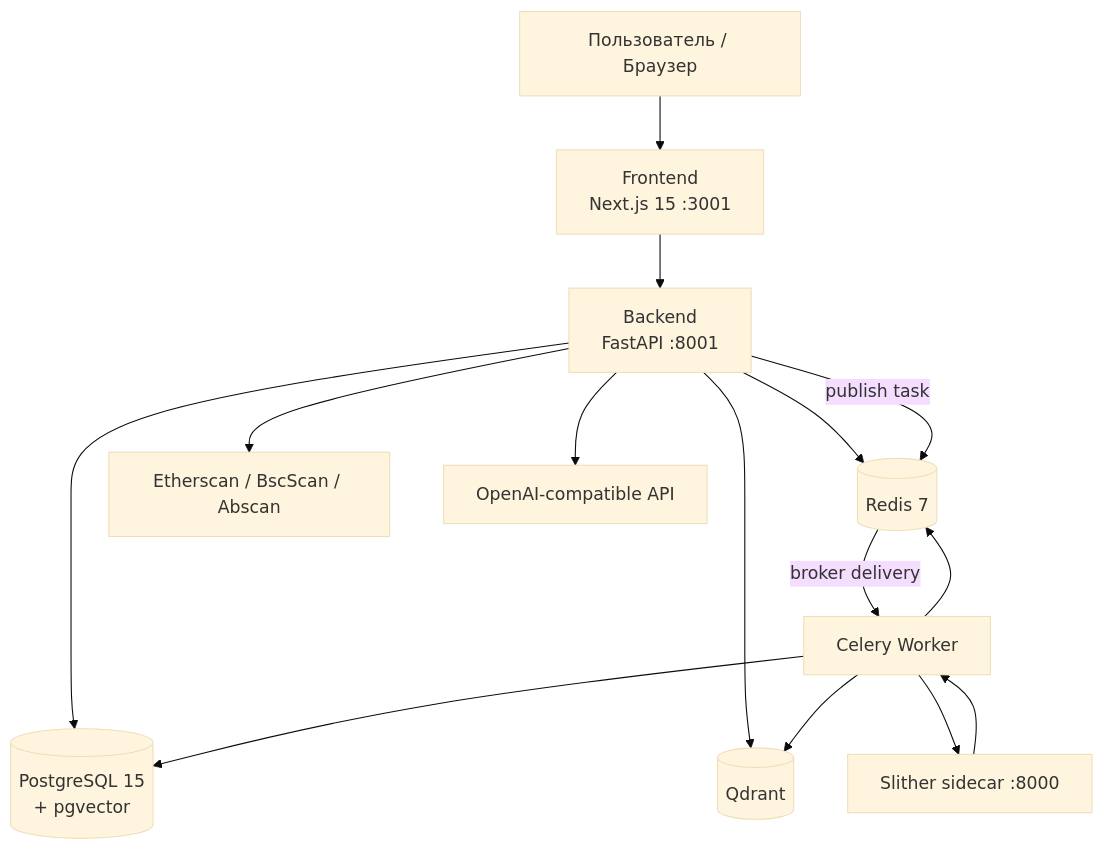
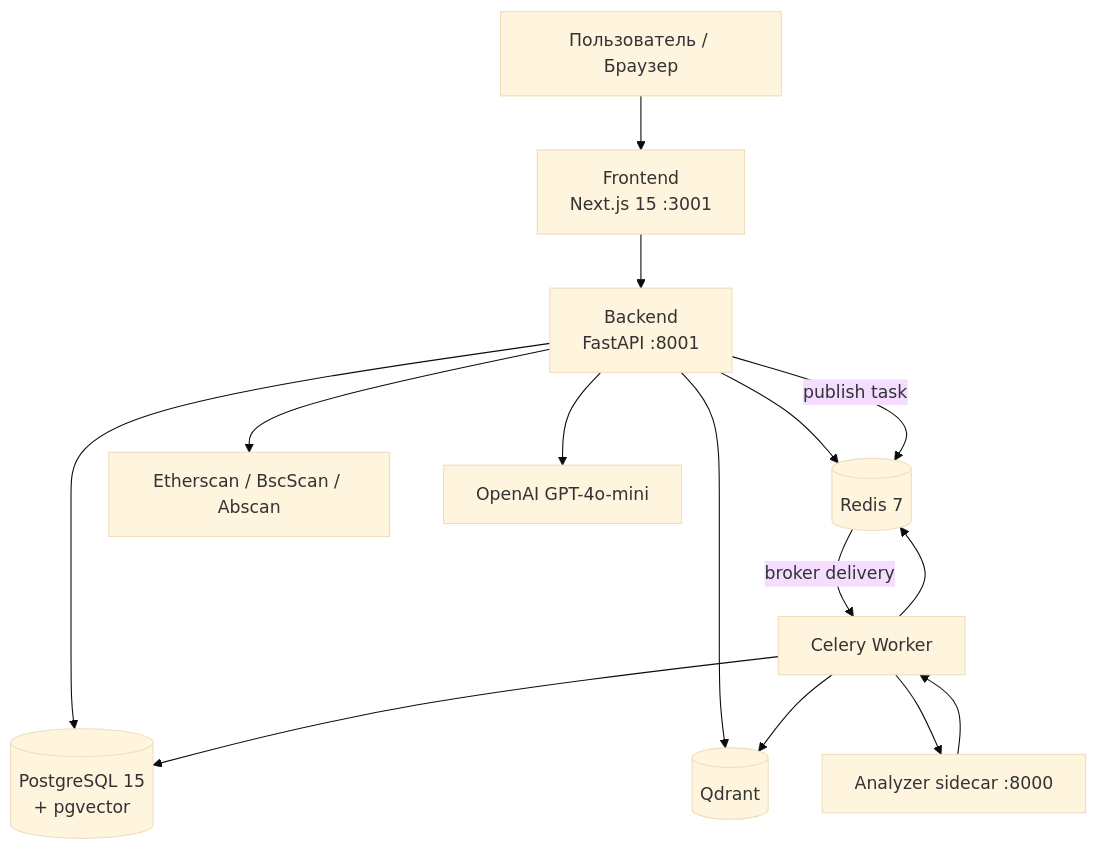
The diagram in docs/architecture.md (vladweat/chainwise), drawn with Mermaid (base theme) before and after one commit. The commit also changed other lines of this file and 74 other files, not shown here.

````diff
--- a/docs/architecture.md
+++ b/docs/architecture.md
@@ -5,28 +5,28 @@
 ```mermaid
 flowchart TB
     User[Пользователь / Браузер]
     FE[Frontend<br/>Next.js 15 :3001]
     BE[Backend<br/>FastAPI :8001]
     CW[Celery Worker]
-    SL[Slither sidecar :8000]
+    SL[Analyzer sidecar :8000]
     PG[(PostgreSQL 15<br/>+ pgvector)]
     RD[(Redis 7)]
     QD[(Qdrant)]
     ES[Etherscan / BscScan / Abscan]
-    OA[OpenAI-compatible API]
+    OA[OpenAI GPT-4o-mini]
 
     User --> FE
     FE --> BE
     BE --> PG
     BE --> RD
     BE --> QD
     BE -->|publish task| RD
     RD -->|broker delivery| CW
     BE --> ES
     BE --> OA
     CW --> PG
     CW --> RD
     CW --> QD
     CW --> SL
     SL --> CW
 ```
````
